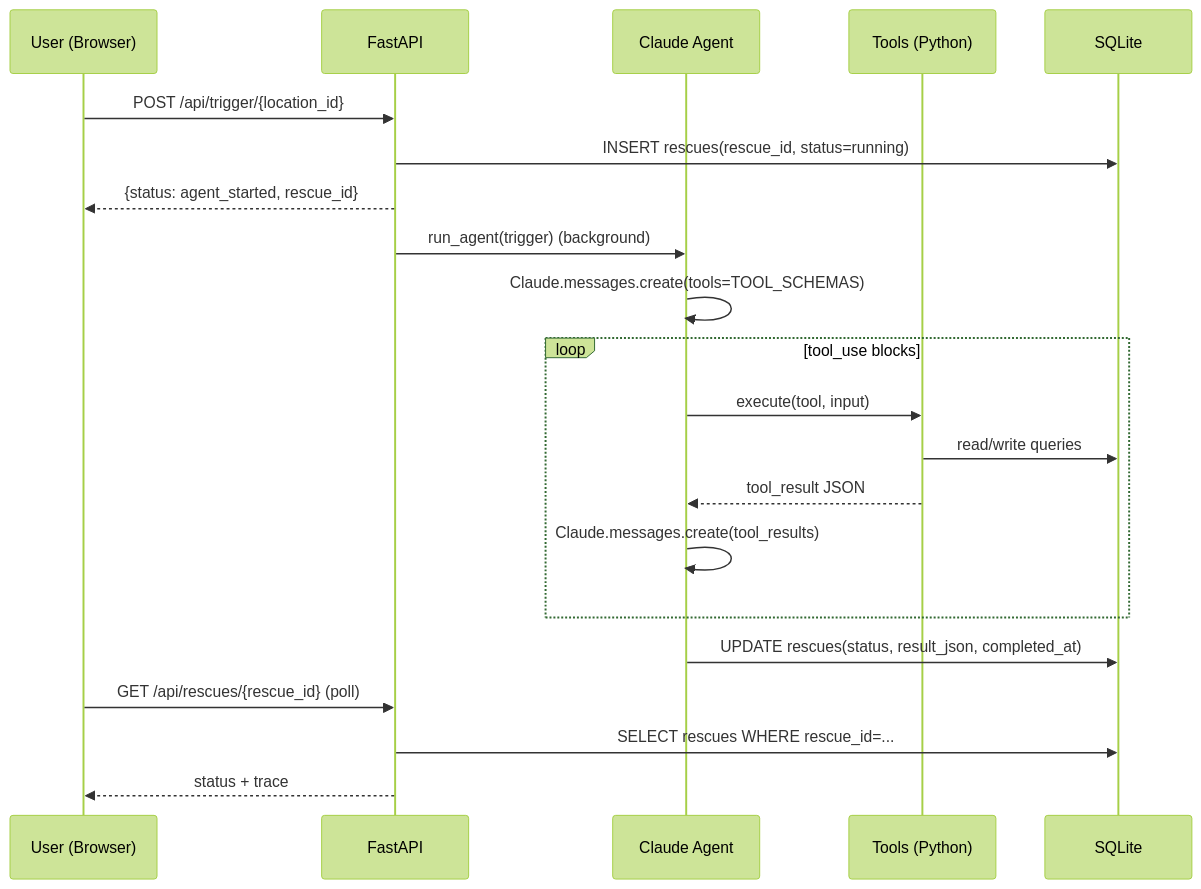
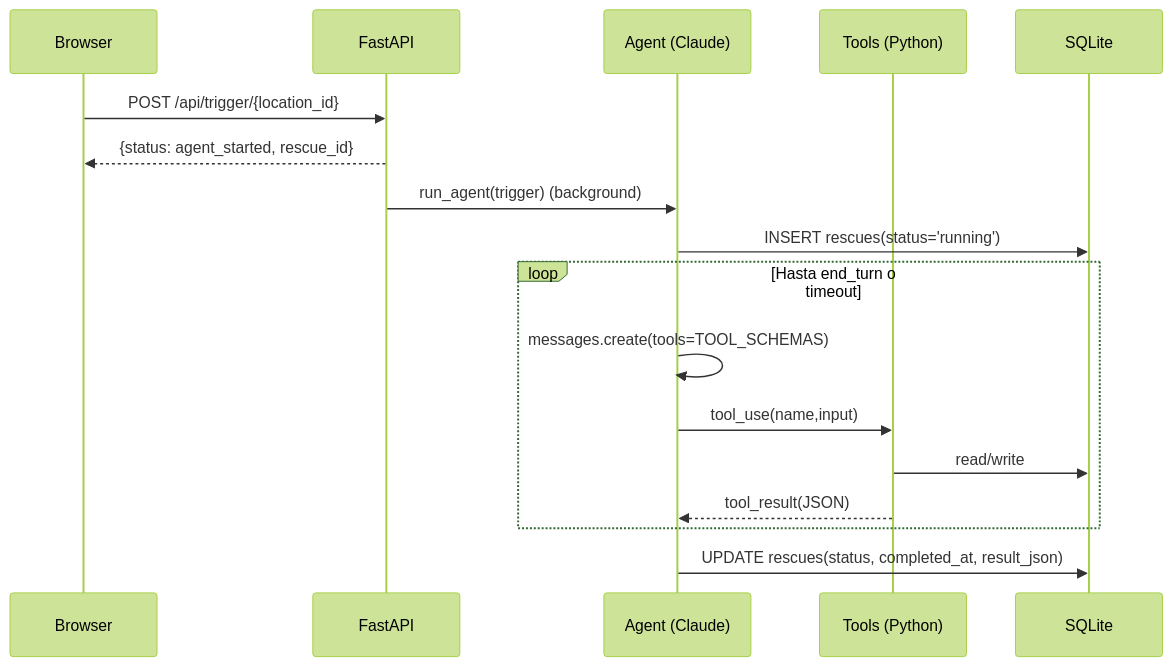
One commit to jarmancarrera/foodflow-ai changed the third of 4 diagrams in README.md. Above: the diagram before and after it, drawn with Mermaid (forest theme). The commit also changed other lines of this file, not shown here.

````diff
--- a/README.md
+++ b/README.md
@@ -118,26 +150,21 @@
 ```mermaid
 sequenceDiagram
-  participant User as User (Browser)
+  participant Browser as Browser
   participant API as FastAPI
-  participant Agent as Claude Agent
+  participant Agent as Agent (Claude)
   participant Tools as Tools (Python)
   participant DB as SQLite
 
-  User->>API: POST /api/trigger/{location_id}
-  API->>DB: INSERT rescues(rescue_id, status=running)
-  API-->>User: {status: agent_started, rescue_id}
+  Browser->>API: POST /api/trigger/{location_id}
+  API-->>Browser: {status: agent_started, rescue_id}
   API->>Agent: run_agent(trigger) (background)
-  Agent->>Agent: Claude.messages.create(tools=TOOL_SCHEMAS)
 
-  loop tool_use blocks
-    Agent->>Tools: execute(tool, input)
-    Tools->>DB: read/write queries
-    Tools-->>Agent: tool_result JSON
-    Agent->>Agent: Claude.messages.create(tool_results)
+  Agent->>DB: INSERT rescues(status='running')
+  loop Hasta end_turn o timeout
+    Agent->>Agent: messages.create(tools=TOOL_SCHEMAS)
+    Agent->>Tools: tool_use(name,input)
+    Tools->>DB: read/write
+    Tools-->>Agent: tool_result(JSON)
   end
-
-  Agent->>DB: UPDATE rescues(status, result_json, completed_at)
-  User->>API: GET /api/rescues/{rescue_id} (poll)
-  API->>DB: SELECT rescues WHERE rescue_id=...
-  API-->>User: status + trace
+  Agent->>DB: UPDATE rescues(status, completed_at, result_json)
 ```
````
